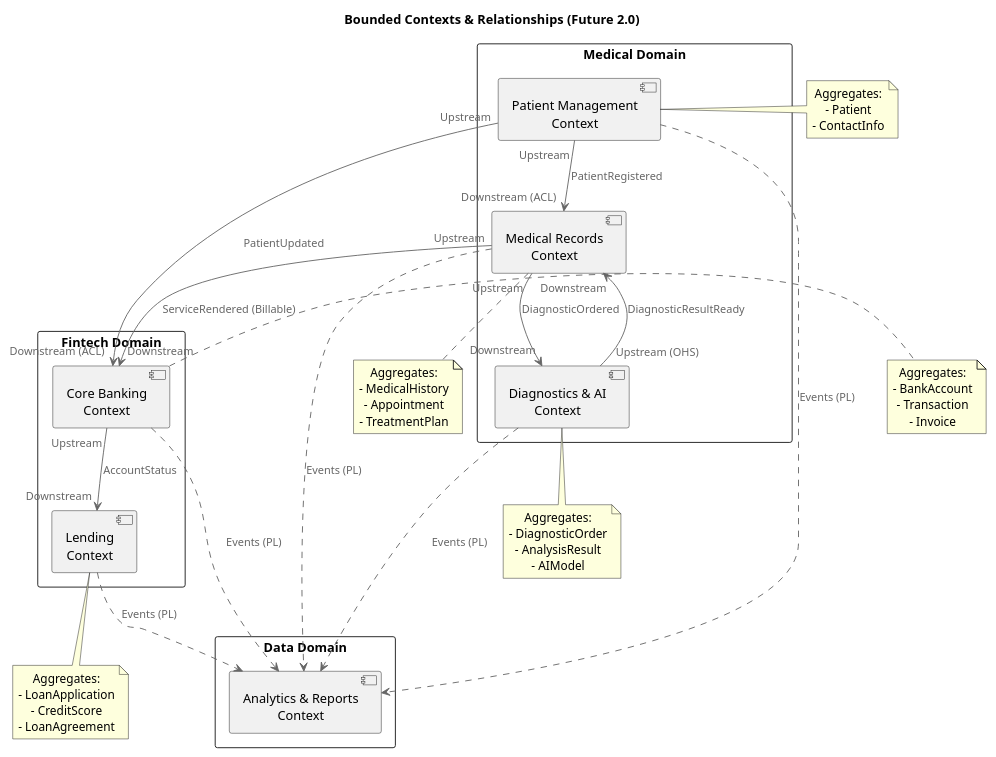
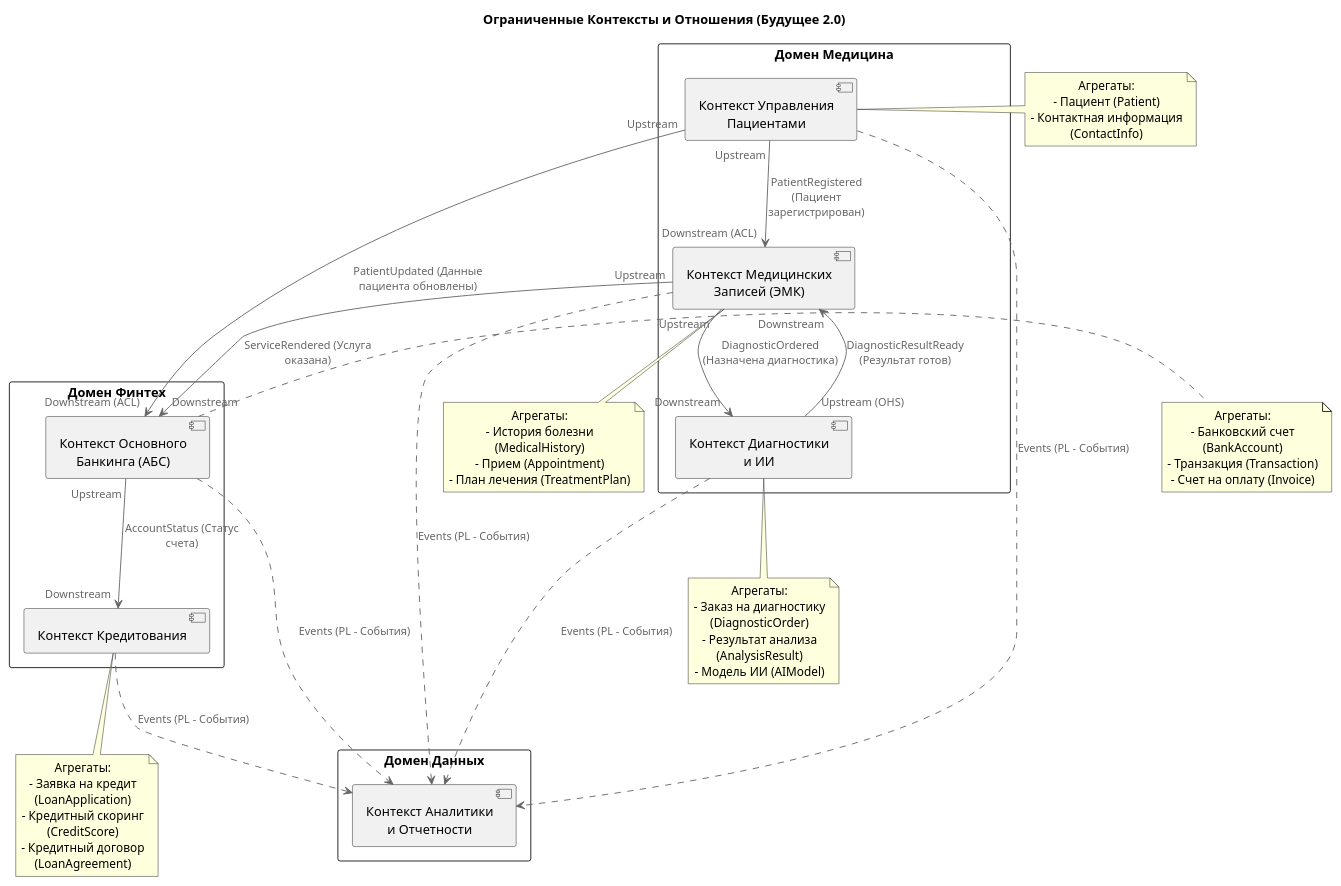
Before and after one commit to GHostlyFOX/architecture-future_2_0_work: the diagram in Task4Advanced/bounded-contexts.puml, drawn with PlantUML.

Commit message:
Translate Task 4 Bounded Contexts diagram to Russian
- Updated `Task4Advanced/bounded-contexts.puml` with Russian titles, context names, relationship labels, and aggregate descriptions.

```diff
--- a/Task4Advanced/bounded-contexts.puml
+++ b/Task4Advanced/bounded-contexts.puml
@@ -1,57 +1,57 @@
 @startuml
 !include https://raw.githubusercontent.com/plantuml-stdlib/C4-PlantUML/master/C4_Context.puml
 
-title "Bounded Contexts & Relationships (Future 2.0)"
+title "Ограниченные Контексты и Отношения (Будущее 2.0)"
 
 ' Определяем контексты
-rectangle "Medical Domain" {
-    component "Patient Management\nContext" as PatientCtx
-    component "Medical Records\nContext" as MedRecCtx
-    component "Diagnostics & AI\nContext" as DiagCtx
+rectangle "Домен Медицина" {
+    component "Контекст Управления\nПациентами" as PatientCtx
+    component "Контекст Медицинских\nЗаписей (ЭМК)" as MedRecCtx
+    component "Контекст Диагностики\nи ИИ" as DiagCtx
 }
 
-rectangle "Fintech Domain" {
-    component "Core Banking\nContext" as BankCtx
-    component "Lending\nContext" as LoanCtx
+rectangle "Домен Финтех" {
+    component "Контекст Основного\nБанкинга (АБС)" as BankCtx
+    component "Контекст Кредитования" as LoanCtx
 }
 
-rectangle "Data Domain" {
-    component "Analytics & Reports\nContext" as AnalyticsCtx
+rectangle "Домен Данных" {
+    component "Контекст Аналитики\nи Отчетности" as AnalyticsCtx
 }
 
 ' Отношения (Context Mapping)
 
 ' PatientCtx -> MedRecCtx (Partnership / Shared Kernel for patient id)
 PatientCtx -[hidden]-> MedRecCtx
-PatientCtx "Upstream" --> "Downstream (ACL)" MedRecCtx : PatientRegistered
+PatientCtx "Upstream" --> "Downstream (ACL)" MedRecCtx : PatientRegistered (Пациент зарегистрирован)
 
 ' MedRecCtx -> DiagCtx (Customer/Supplier)
-MedRecCtx "Upstream" --> "Downstream" DiagCtx : DiagnosticOrdered
+MedRecCtx "Upstream" --> "Downstream" DiagCtx : DiagnosticOrdered (Назначена диагностика)
 
 ' DiagCtx -> MedRecCtx (Open Host Service)
-DiagCtx "Upstream (OHS)" --> "Downstream" MedRecCtx : DiagnosticResultReady
+DiagCtx "Upstream (OHS)" --> "Downstream" MedRecCtx : DiagnosticResultReady (Результат готов)
 
 ' MedRecCtx -> BankCtx (Customer/Supplier - Billing)
-MedRecCtx "Upstream" --> "Downstream" BankCtx : ServiceRendered (Billable)
+MedRecCtx "Upstream" --> "Downstream" BankCtx : ServiceRendered (Услуга оказана)
 
 ' PatientCtx -> BankCtx (Shared Kernel on Person ID)
 PatientCtx -[hidden]-> BankCtx
-PatientCtx "Upstream" --> "Downstream (ACL)" BankCtx : PatientUpdated
+PatientCtx "Upstream" --> "Downstream (ACL)" BankCtx : PatientUpdated (Данные пациента обновлены)
 
 ' BankCtx -> LoanCtx (Partnership)
-BankCtx "Upstream" --> "Downstream" LoanCtx : AccountStatus
+BankCtx "Upstream" --> "Downstream" LoanCtx : AccountStatus (Статус счета)
 
 ' All -> AnalyticsCtx (Published Language)
-PatientCtx ..> AnalyticsCtx : Events (PL)
-MedRecCtx ..> AnalyticsCtx : Events (PL)
-DiagCtx ..> AnalyticsCtx : Events (PL)
-BankCtx ..> AnalyticsCtx : Events (PL)
-LoanCtx ..> AnalyticsCtx : Events (PL)
+PatientCtx ..> AnalyticsCtx : Events (PL - События)
+MedRecCtx ..> AnalyticsCtx : Events (PL - События)
+DiagCtx ..> AnalyticsCtx : Events (PL - События)
+BankCtx ..> AnalyticsCtx : Events (PL - События)
+LoanCtx ..> AnalyticsCtx : Events (PL - События)
 
-note right of PatientCtx : Aggregates:\n- Patient\n- ContactInfo
-note bottom of MedRecCtx : Aggregates:\n- MedicalHistory\n- Appointment\n- TreatmentPlan
-note bottom of DiagCtx : Aggregates:\n- DiagnosticOrder\n- AnalysisResult\n- AIModel
-note right of BankCtx : Aggregates:\n- BankAccount\n- Transaction\n- Invoice
-note bottom of LoanCtx : Aggregates:\n- LoanApplication\n- CreditScore\n- LoanAgreement
+note right of PatientCtx : Агрегаты:\n- Пациент (Patient)\n- Контактная информация (ContactInfo)
+note bottom of MedRecCtx : Агрегаты:\n- История болезни (MedicalHistory)\n- Прием (Appointment)\n- План лечения (TreatmentPlan)
+note bottom of DiagCtx : Агрегаты:\n- Заказ на диагностику (DiagnosticOrder)\n- Результат анализа (AnalysisResult)\n- Модель ИИ (AIModel)
+note right of BankCtx : Агрегаты:\n- Банковский счет (BankAccount)\n- Транзакция (Transaction)\n- Счет на оплату (Invoice)
+note bottom of LoanCtx : Агрегаты:\n- Заявка на кредит (LoanApplication)\n- Кредитный скоринг (CreditScore)\n- Кредитный договор (LoanAgreement)
 
 @enduml
```
